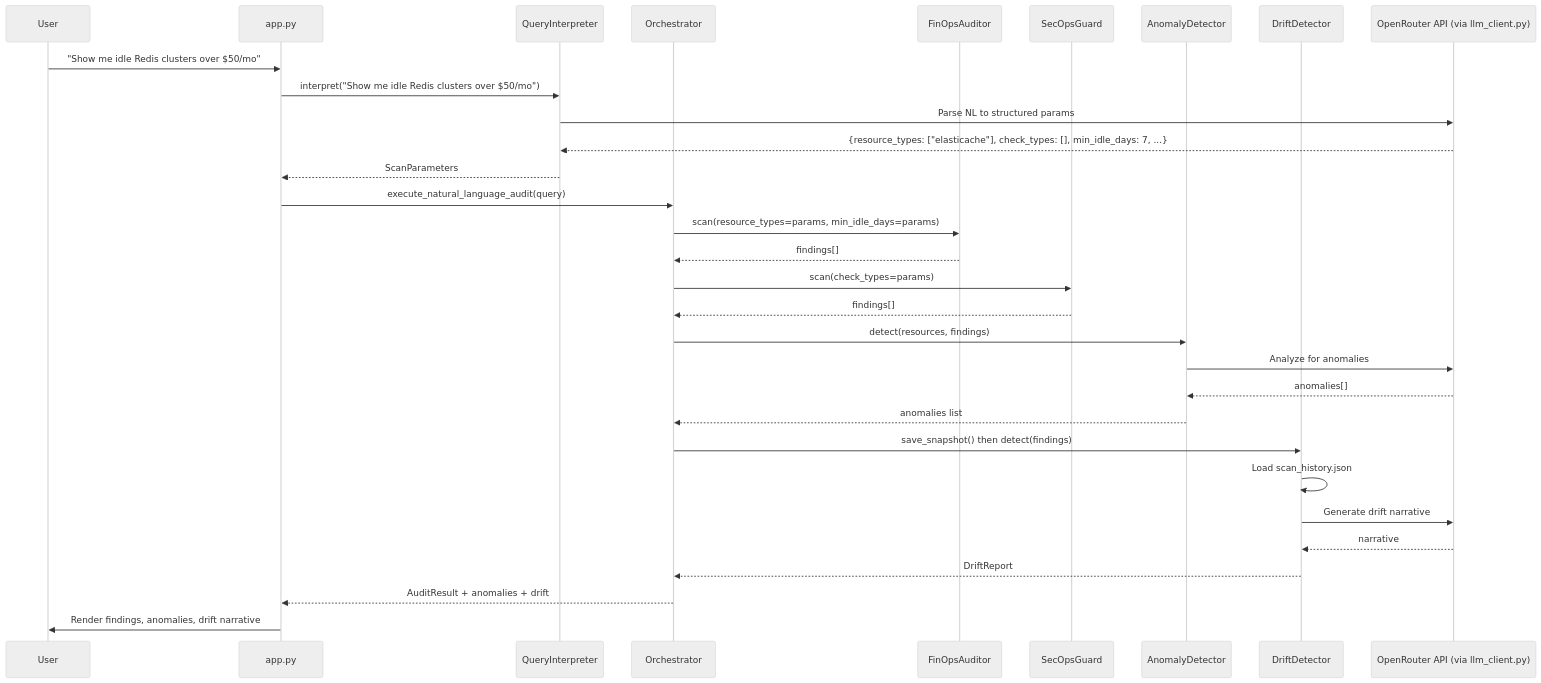
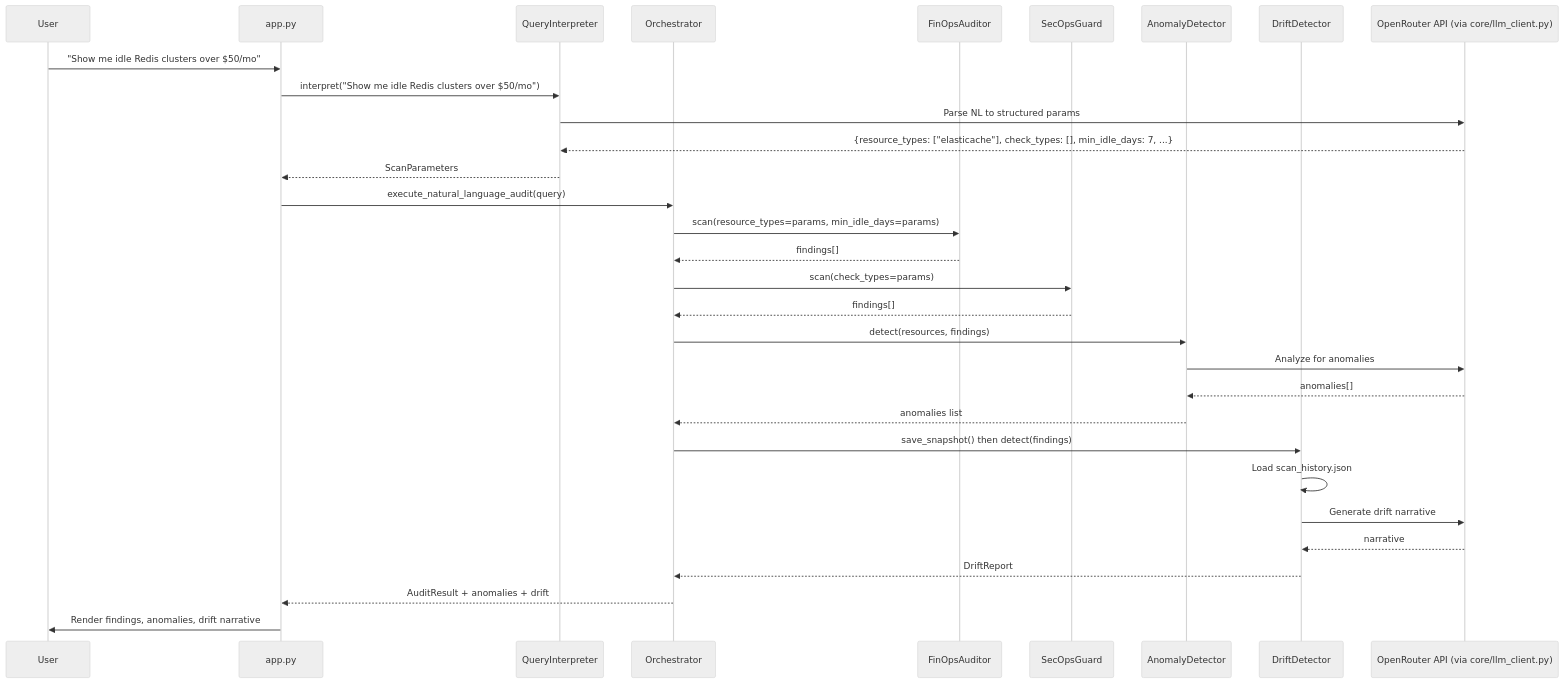
The second of 5 diagrams in .kiro/specs/cloud-janitor-phase-bc/design.md (darthrevan030/kiro-buildfest-2026), drawn with Mermaid (neutral theme) before and after one commit. The commit also changed other lines of this file and 39 other files, not shown here.

First line of the commit message:
refactor: reorganize project structure and consolidate LLM client to core module

````diff
--- a/.kiro/specs/cloud-janitor-phase-bc/design.md
+++ b/.kiro/specs/cloud-janitor-phase-bc/design.md
@@ -101,38 +101,38 @@
 ```mermaid
 sequenceDiagram
     participant User
     participant App as app.py
     participant QI as QueryInterpreter
     participant Orch as Orchestrator
     participant FinOps as FinOpsAuditor
     participant SecOps as SecOpsGuard
     participant AD as AnomalyDetector
     participant DD as DriftDetector
-    participant LLM as OpenRouter API (via llm_client.py)
+    participant LLM as OpenRouter API (via core/llm_client.py)
 
     User->>App: "Show me idle Redis clusters over $50/mo"
     App->>QI: interpret("Show me idle Redis clusters over $50/mo")
     QI->>LLM: Parse NL to structured params
     LLM-->>QI: {resource_types: ["elasticache"], check_types: [], min_idle_days: 7, ...}
     QI-->>App: ScanParameters
 
     App->>Orch: execute_natural_language_audit(query)
     Orch->>FinOps: scan(resource_types=params, min_idle_days=params)
     FinOps-->>Orch: findings[]
     Orch->>SecOps: scan(check_types=params)
     SecOps-->>Orch: findings[]
 
     Orch->>AD: detect(resources, findings)
     AD->>LLM: Analyze for anomalies
     LLM-->>AD: anomalies[]
     AD-->>Orch: anomalies list
 
     Orch->>DD: save_snapshot() then detect(findings)
     DD->>DD: Load scan_history.json
     DD->>LLM: Generate drift narrative
     LLM-->>DD: narrative
     DD-->>Orch: DriftReport
 
     Orch-->>App: AuditResult + anomalies + drift
     App->>User: Render findings, anomalies, drift narrative
 ```
````
